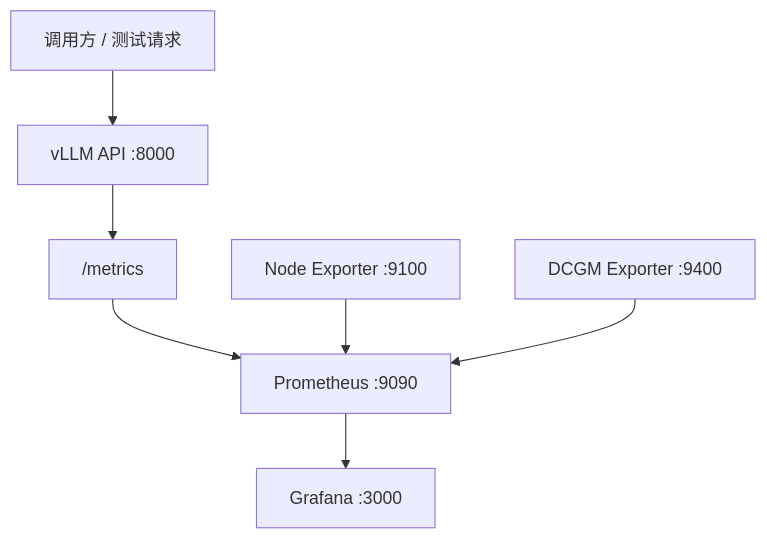
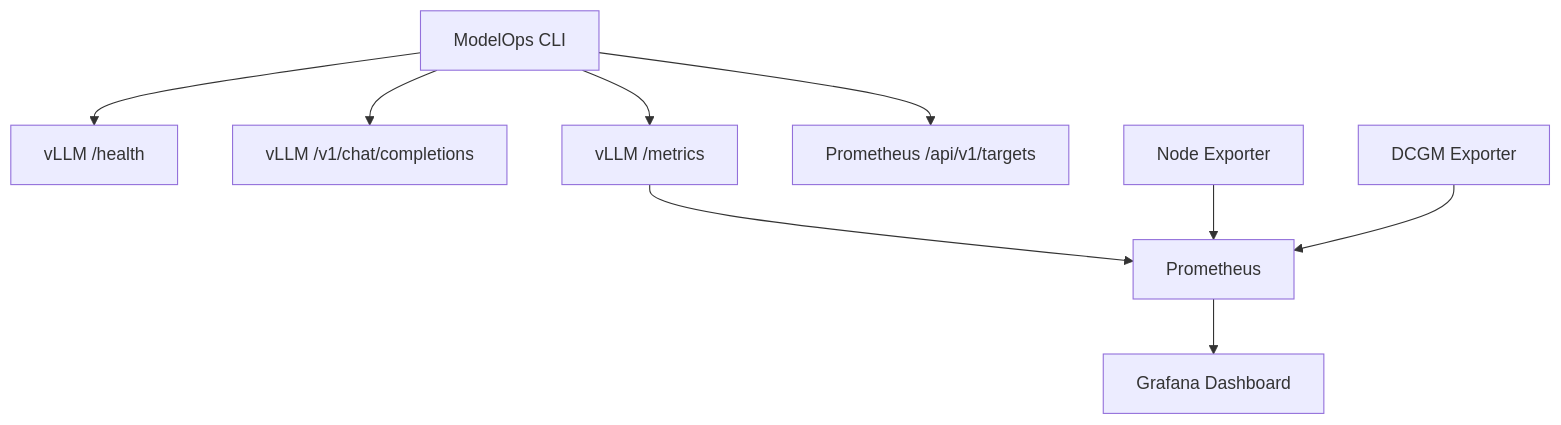
One commit to y2312209763-glitch/modelops-sentinel changed the diagram in README.md. Above: the diagram before and after it, drawn with Mermaid. The commit also changed other lines of this file and 18 other files, not shown here.

Commit message:
Build runnable ModelOps Sentinel project

````diff
--- a/README.md
+++ b/README.md
@@ -35,9 +23,11 @@
 ```mermaid
 flowchart TD
-    U["调用方 / 测试请求"] --> V["vLLM API :8000"]
-    V --> M["/metrics"]
-    M --> P["Prometheus :9090"]
-    N["Node Exporter :9100"] --> P
-    D["DCGM Exporter :9400"] --> P
-    P --> G["Grafana :3000"]
+    C["ModelOps CLI"] --> H["vLLM /health"]
+    C --> A["vLLM /v1/chat/completions"]
+    C --> M["vLLM /metrics"]
+    C --> T["Prometheus /api/v1/targets"]
+    M --> P["Prometheus"]
+    N["Node Exporter"] --> P
+    D["DCGM Exporter"] --> P
+    P --> G["Grafana Dashboard"]
 ```
````
